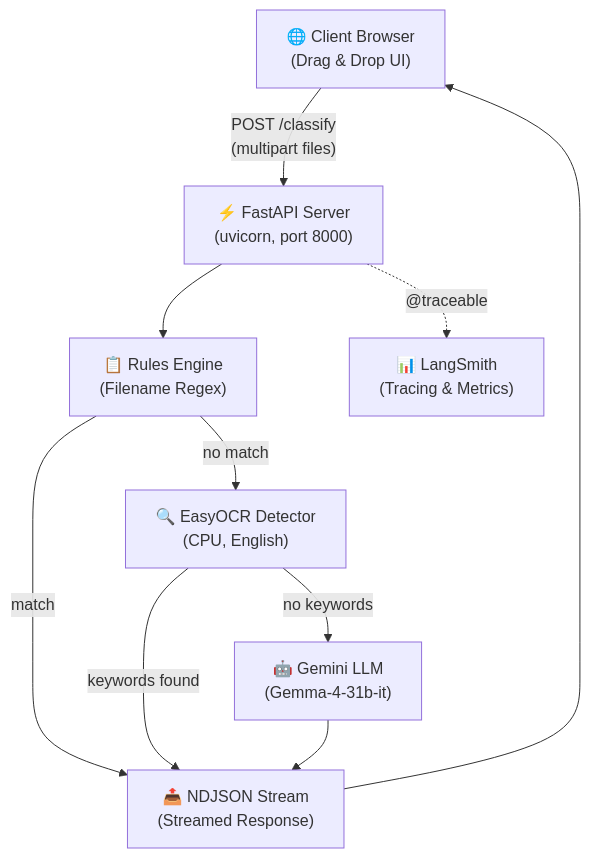
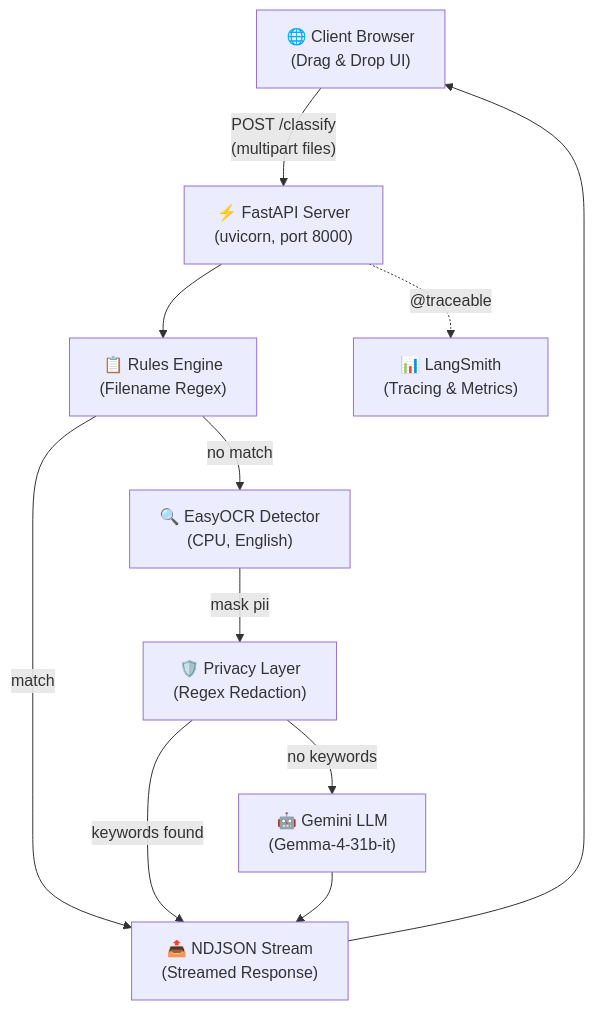
One commit to sandhya-bdb/edudoc-ai changed the first of 3 diagrams in README.md. Above: the diagram before and after it, drawn with Mermaid. The commit also changed other lines of this file, not shown here.

Commit message:
docs: update README with security and privacy guardrails

````diff
--- a/README.md
+++ b/README.md
@@ -112,20 +113,21 @@
 ```mermaid
 graph TB
     Client["🌐 Client Browser<br/>(Drag & Drop UI)"]
     API["⚡ FastAPI Server<br/>(uvicorn, port 8000)"]
     Rules["📋 Rules Engine<br/>(Filename Regex)"]
     OCR["🔍 EasyOCR Detector<br/>(CPU, English)"]
     LLM["🤖 Gemini LLM<br/>(Gemma-4-31b-it)"]
     Monitor["📊 LangSmith<br/>(Tracing & Metrics)"]
     Result["📤 NDJSON Stream<br/>(Streamed Response)"]
 
     Client -->|"POST /classify<br/>(multipart files)"| API
     API --> Rules
     Rules -->|"match"| Result
     Rules -->|"no match"| OCR
-    OCR -->|"keywords found"| Result
-    OCR -->|"no keywords"| LLM
+    OCR -->|"mask pii"| Privacy["🛡️ Privacy Layer<br/>(Regex Redaction)"]
+    Privacy -->|"keywords found"| Result
+    Privacy -->|"no keywords"| LLM
     LLM --> Result
     Result --> Client
     API -.->|"@traceable"| Monitor
 ```
````
